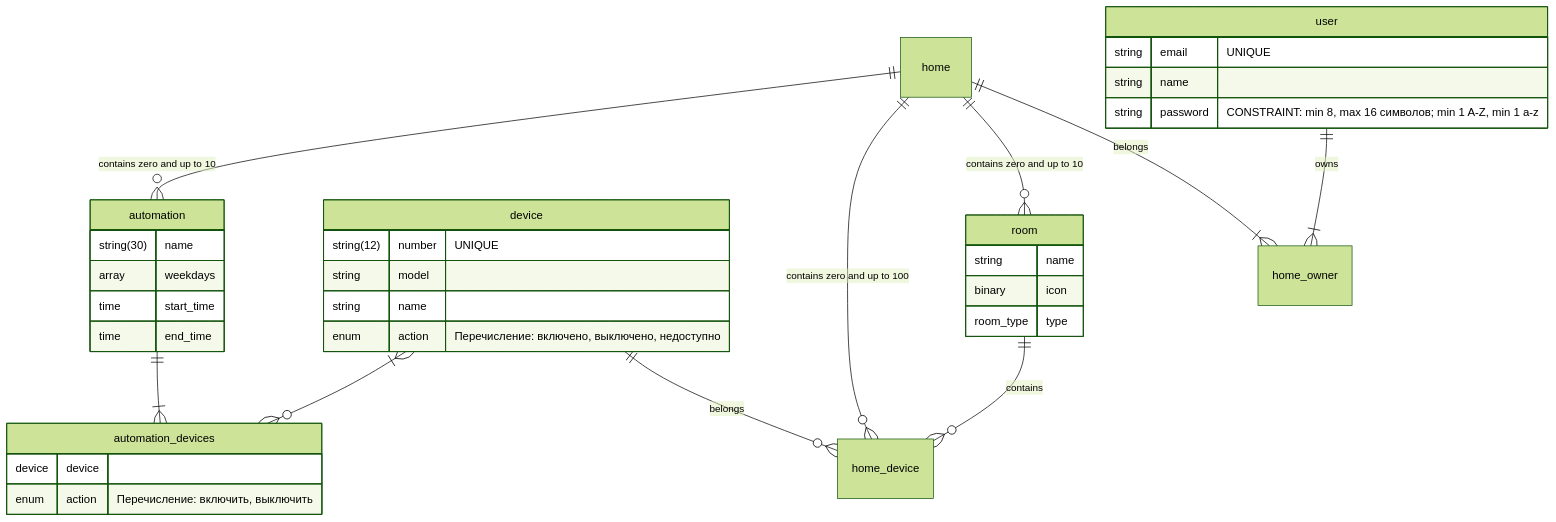
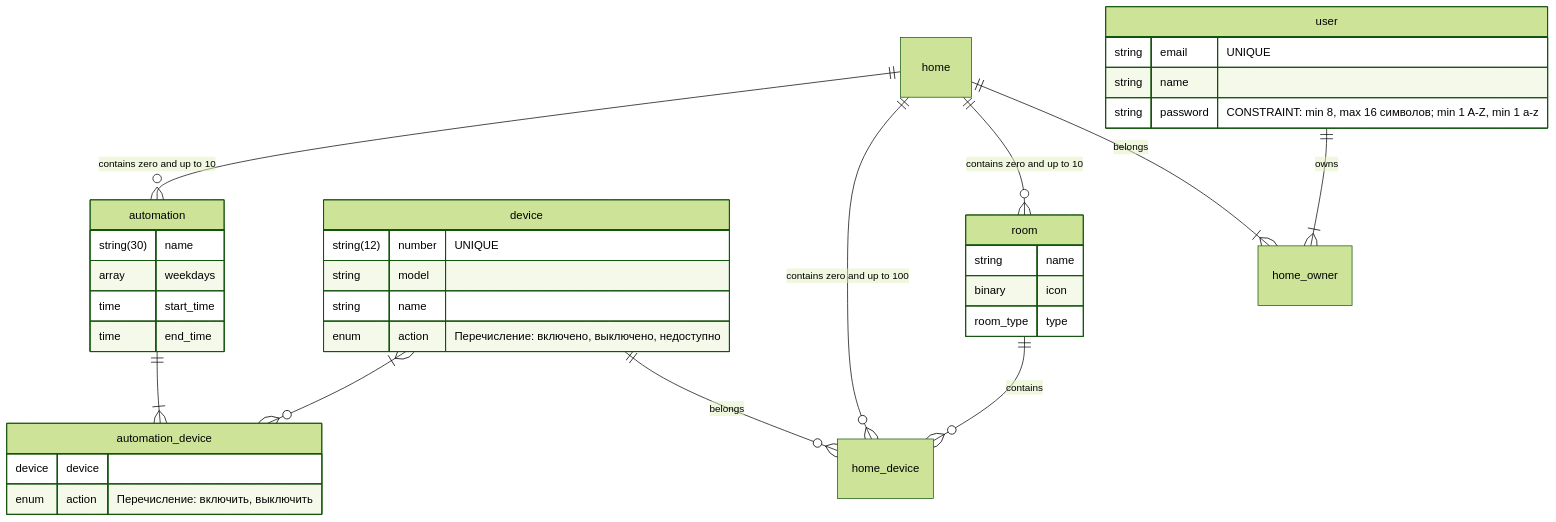
The diagram in HARD/yandex-practicum-diploma-project/# spec.md (oleshko-g/sa_cases), drawn with Mermaid (forest theme) before and after one commit. The commit also changed other lines of this file, not shown here.

Commit message:
Переименовать automation_devices

````diff
--- a/HARD/yandex-practicum-diploma-project/# spec.md
+++ b/HARD/yandex-practicum-diploma-project/# spec.md
@@ -31,47 +31,47 @@
 ```mermaid
 erDiagram
 user {
 string email "UNIQUE"
 string name
 string password "CONSTRAINT: min 8, max 16 символов; min 1 A-Z, min 1 a-z"
 }
 room { 
 string name
 binary icon
 room_type type
 }
 device {
 string(12) number "UNIQUE"
 string model
 string name
 enum action "Перечисление: включено, выключено, недоступно"
 }
 home
 automation {
 string(30) name
 array weekdays
 time start_time
 time end_time
 }
-automation_devices {
+automation_device {
 device device
 enum action "Перечисление: включить, выключить"
 }
 home_owner
 home_device
 
 user ||--|{ home_owner : owns
 home ||--|{ home_owner : belongs
 
 home ||--o{ room : "contains zero and up to 10"
 room ||--o{ home_device : "contains"
 
 device ||--o{ home_device : belongs
 home ||--o{ home_device : "contains zero and up to 100"
 
 home ||--o{ automation : "contains zero and up to 10"
 
-automation ||--|{ automation_devices : ""
-device }|--o{ automation_devices : ""
+automation ||--|{ automation_device : ""
+device }|--o{ automation_device : ""
 
 ```
````
